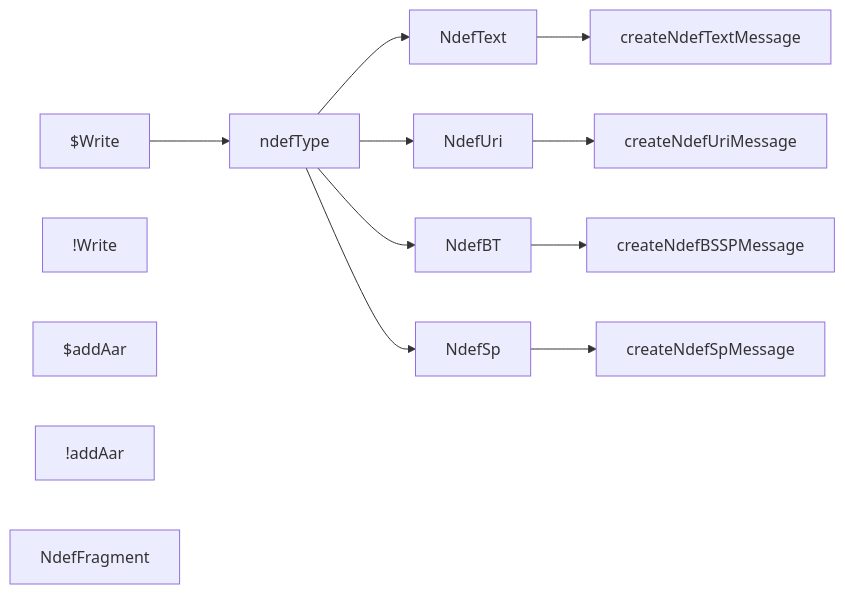
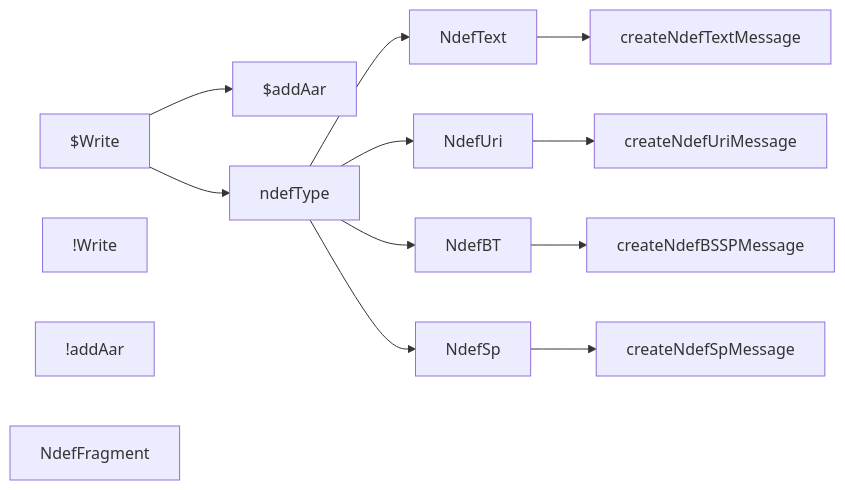
One commit to gordianknotC/nxp_note changed the diagram in nxp/Demo.md. Above: the diagram before and after it, drawn with Mermaid. The commit also changed other lines of this file, not shown here.

Commit message:
nxp/Demo.md updated from https://stackedit.io/

````diff
--- a/nxp/Demo.md
+++ b/nxp/Demo.md
@@ -7,25 +7,27 @@
 ``` mermaid
 graph LR
 $Write
 !Write
 $addAar
 !addAar
 
 NdefFragment
 NdefText
 NdefUri
 NdefBT
 NdefSp
 ndefType
 
 $Write --> ndefType
 ndefType --> NdefText
 ndefType --> NdefUri
 ndefType --> NdefBT
 ndefType --> NdefSp
 NdefText --> createNdefTextMessage
 NdefUri --> createNdefUriMessage
 NdefBT --> createNdefBSSPMessage
 NdefSp --> createNdefSpMessage
 
+$Write --> $addAar
+
 ```
````
